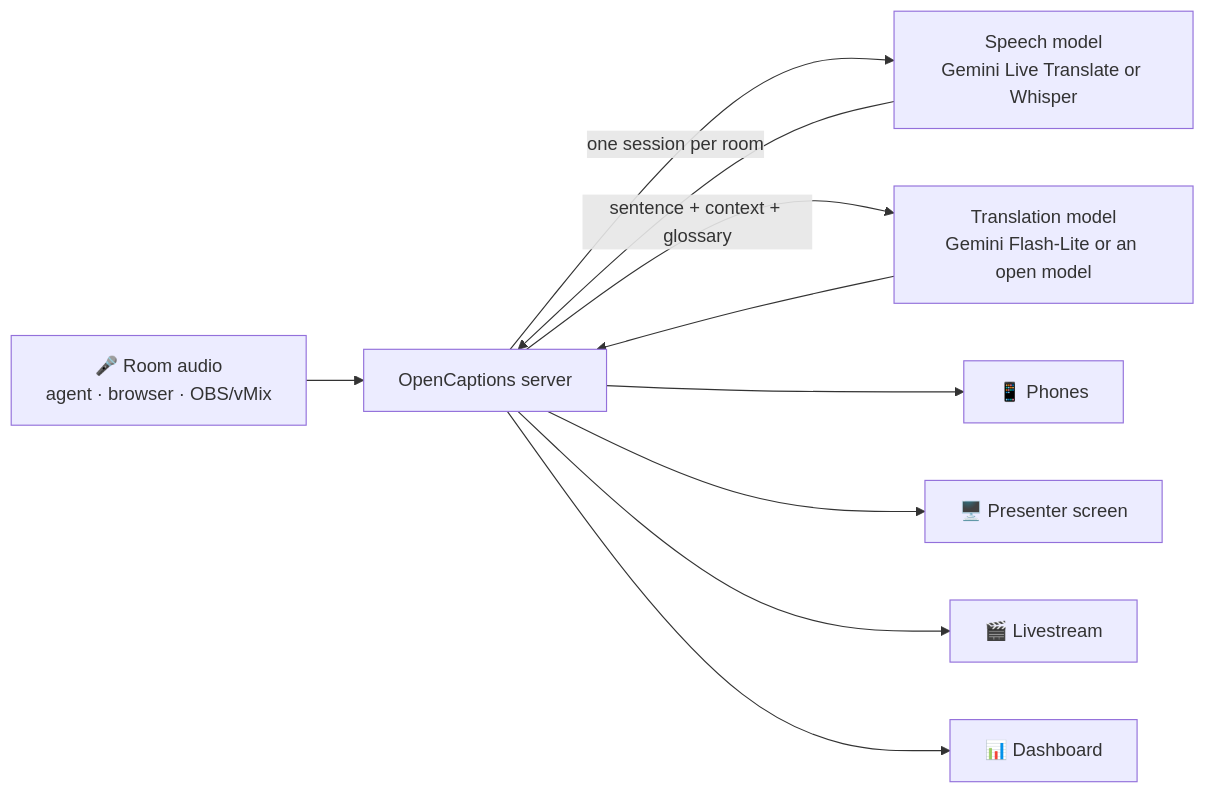
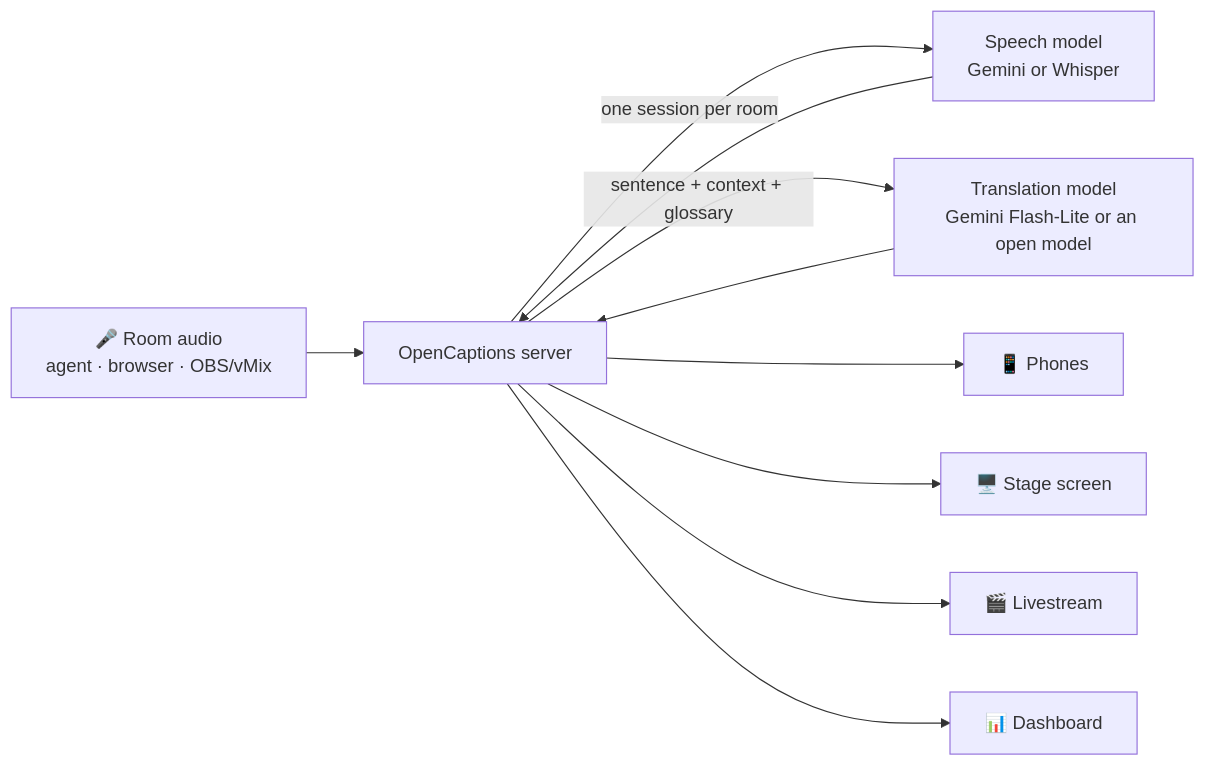
The diagram in README.md (carraroesteban/opencaptions), drawn with Mermaid before and after one commit. The commit also changed other lines of this file and 108 other files, not shown here.

````diff
--- a/README.md
+++ b/README.md
@@ -279,12 +141,12 @@
 ```mermaid
 flowchart LR
   A["🎤 Room audio<br/>agent · browser · OBS/vMix"] --> S["OpenCaptions server"]
-  S -->|"one session per room"| G["Speech model<br/>Gemini Live Translate or Whisper"]
+  S -->|"one session per room"| G["Speech model<br/>Gemini or Whisper"]
   G --> S
   S -->|"sentence + context + glossary"| F["Translation model<br/>Gemini Flash-Lite or an open model"]
   F --> S
   S --> P["📱 Phones"]
-  S --> R["🖥️ Presenter screen"]
+  S --> R["🖥️ Stage screen"]
   S --> O["🎬 Livestream"]
   S --> D["📊 Dashboard"]
 ```
````
